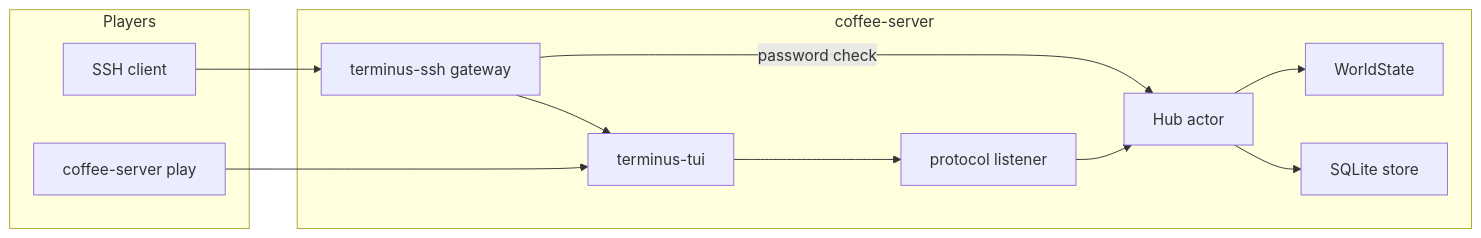
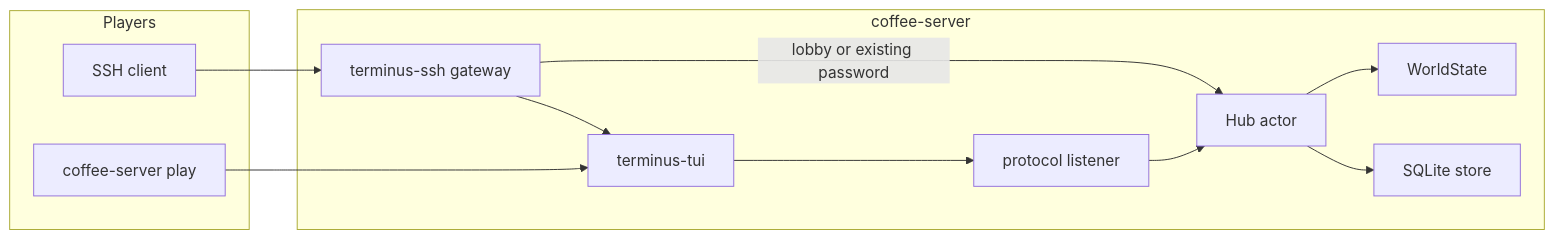
Before and after one commit to GeneralKnowledge/TUIMMO: the diagram in docs/architecture.md, drawn with Mermaid. The commit also changed other lines of this file and 28 other files, not shown here.

````diff
--- a/docs/architecture.md
+++ b/docs/architecture.md
@@ -5,23 +5,23 @@
 ```mermaid
 flowchart LR
   subgraph clients [Players]
     sshClient[SSH client]
     play[coffee-server play]
   end
   subgraph process [coffee-server]
     gateway[terminus-ssh gateway]
     tui[terminus-tui]
     proto[protocol listener]
     hub[Hub actor]
     world[WorldState]
     store[SQLite store]
   end
   sshClient --> gateway
   gateway --> tui
   play --> tui
   tui --> proto
-  gateway -->|password check| hub
+  gateway -->|lobby or existing password| hub
   proto --> hub
   hub --> world
   hub --> store
 ```
````
